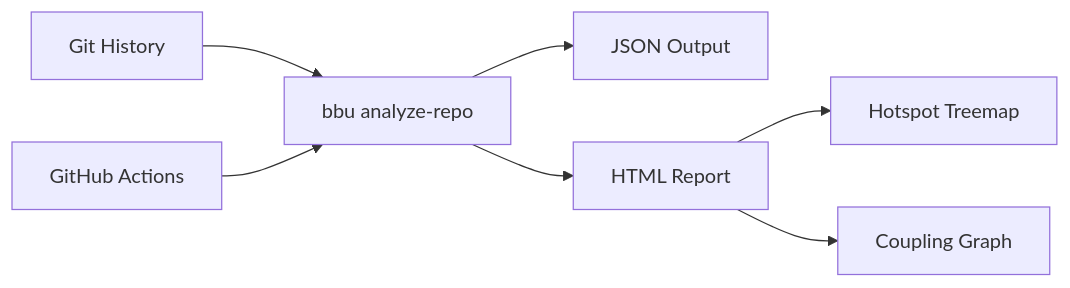
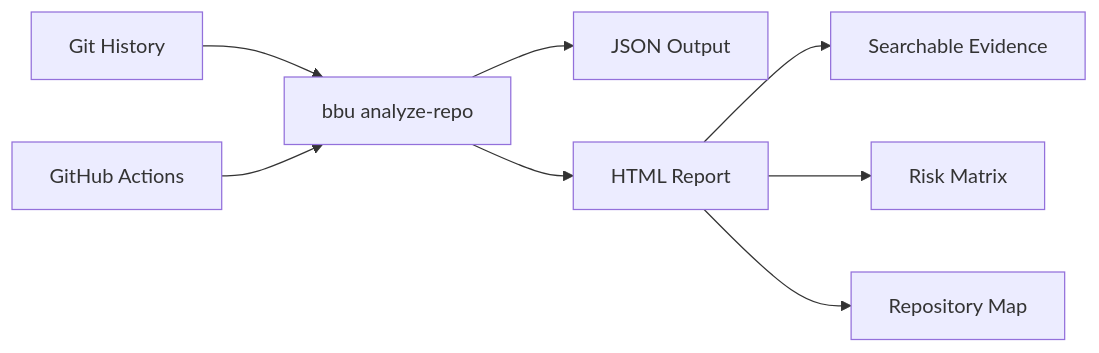
Before and after one commit to michael-denyer/black-box-unlock: the diagram in README.md, drawn with Mermaid. The commit also changed other lines of this file and 24 other files, not shown here.

````diff
--- a/README.md
+++ b/README.md
@@ -176,9 +177,10 @@
 ```mermaid
 flowchart LR
     Git[Git History] --> Analyze[bbu analyze-repo]
     CI[GitHub Actions] --> Analyze
     Analyze --> JSON[JSON Output]
     Analyze --> HTML[HTML Report]
-    HTML --> Treemap[Hotspot Treemap]
-    HTML --> Graph[Coupling Graph]
+    HTML --> Grid[Searchable Evidence]
+    HTML --> Matrix[Risk Matrix]
+    HTML --> Treemap[Repository Map]
 ```
````
